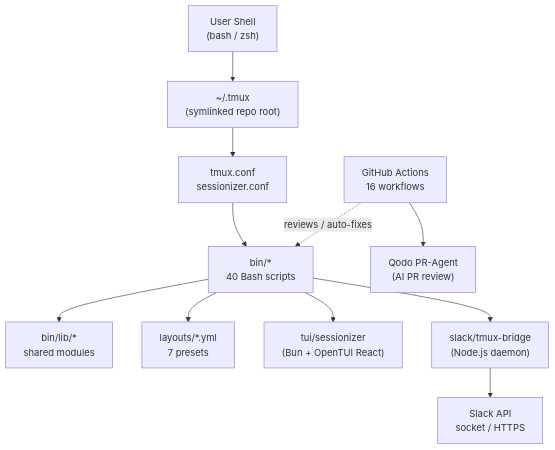
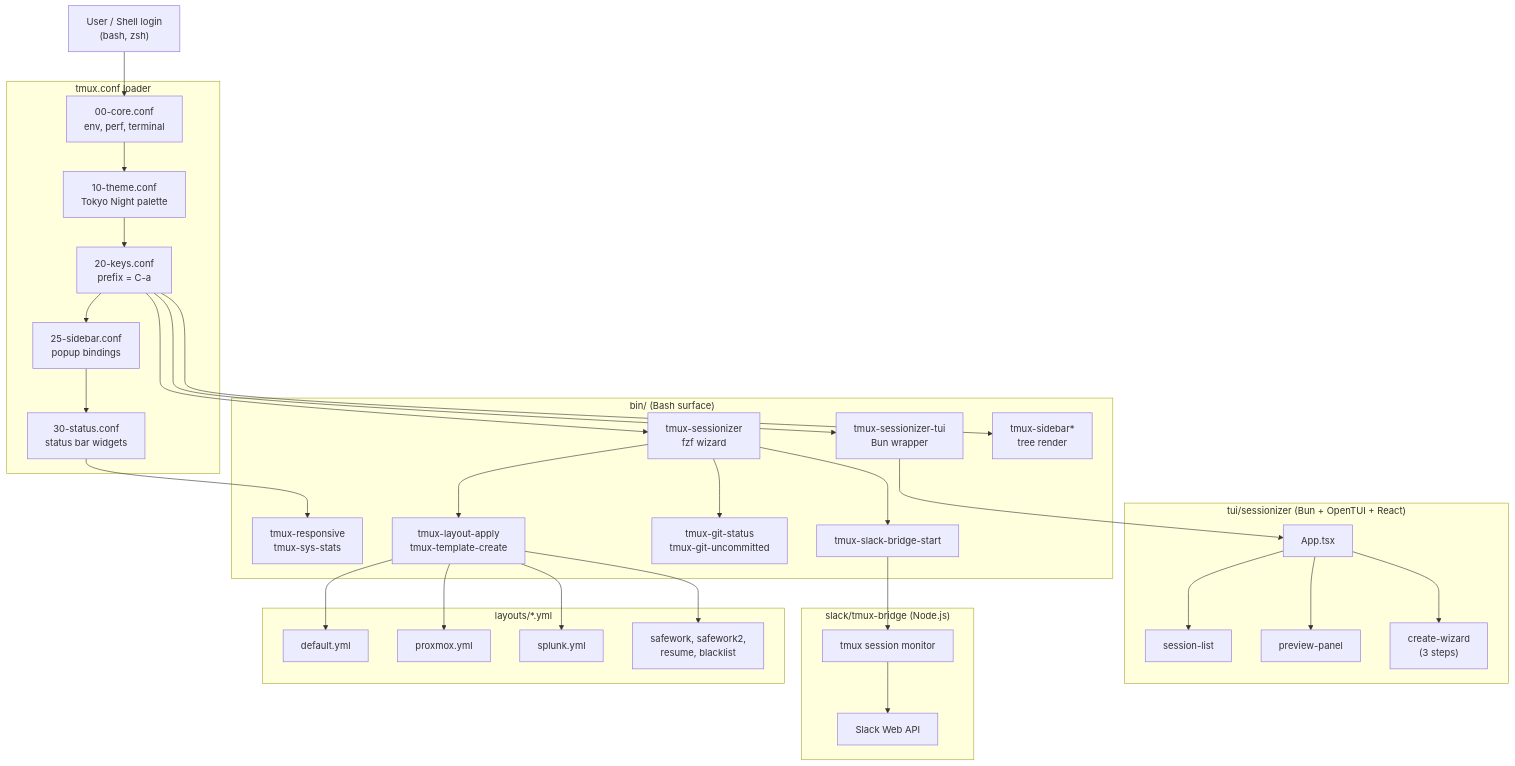
The diagram in README.md (jclee941/tmux), drawn with Mermaid before and after one commit. The commit also changed other lines of this file, not shown here.

Commit message:
docs: auto-update README.md

````diff
--- a/README.md
+++ b/README.md
@@ -243,25 +185,64 @@
 ```mermaid
-flowchart TD
-    Shell["User Shell<br/>(bash / zsh)"]
-    Root["~/.tmux<br/>(symlinked repo root)"]
-    Loader["tmux.conf<br/>sessionizer.conf"]
-    Bin["bin/*<br/>40 Bash scripts"]
-    Lib["bin/lib/*<br/>shared modules"]
-    Layouts["layouts/*.yml<br/>7 presets"]
-    TUI["tui/sessionizer<br/>(Bun + OpenTUI React)"]
-    Bridge["slack/tmux-bridge<br/>(Node.js daemon)"]
-    Slack["Slack API<br/>socket / HTTPS"]
-    GH["GitHub Actions<br/>16 workflows"]
-    PRAgent["Qodo PR-Agent<br/>(AI PR review)"]
+flowchart TB
+    User["User / Shell login<br/>(bash, zsh)"]
 
-    Shell --> Root
-    Root --> Loader
-    Loader --> Bin
-    Bin --> Lib
-    Bin --> Layouts
-    Bin --> TUI
-    Bin --> Bridge
-    Bridge --> Slack
-    GH --> PRAgent
-    GH -.reviews / auto-fixes.-> Bin
+    subgraph Loader["tmux.conf loader"]
+        Core["00-core.conf<br/>env, perf, terminal"]
+        Theme["10-theme.conf<br/>Tokyo Night palette"]
+        Keys["20-keys.conf<br/>prefix = C-a"]
+        Sidebar["25-sidebar.conf<br/>popup bindings"]
+        Status["30-status.conf<br/>status bar widgets"]
+    end
+
+    subgraph Bash["bin/ (Bash surface)"]
+        Picker["tmux-sessionizer<br/>fzf wizard"]
+        TUIBin["tmux-sessionizer-tui<br/>Bun wrapper"]
+        Sidebar2["tmux-sidebar*<br/>tree render"]
+        Status2["tmux-responsive<br/>tmux-sys-stats"]
+        Layout["tmux-layout-apply<br/>tmux-template-create"]
+        Git["tmux-git-status<br/>tmux-git-uncommitted"]
+        Slack["tmux-slack-bridge-start"]
+    end
+
+    subgraph TUIApp["tui/sessionizer (Bun + OpenTUI + React)"]
+        App["App.tsx"]
+        List["session-list"]
+        Preview["preview-panel"]
+        Wizard["create-wizard<br/>(3 steps)"]
+    end
+
+    subgraph Bridge["slack/tmux-bridge (Node.js)"]
+        BridgeCore["tmux session monitor"]
+        SlackAPI["Slack Web API"]
+    end
+
+    subgraph LayoutsCfg["layouts/*.yml"]
+        Default["default.yml"]
+        Proxmox["proxmox.yml"]
+        Splunk["splunk.yml"]
+        Others["safework, safework2,<br/>resume, blacklist"]
+    end
+
+    User --> Core
+    Core --> Theme
+    Theme --> Keys
+    Keys --> Sidebar
+    Sidebar --> Status
+    Keys --> Picker
+    Keys --> TUIBin
+    Keys --> Sidebar2
+    Status --> Status2
+    Picker --> Layout
+    Picker --> Git
+    TUIBin --> App
+    App --> List
+    App --> Preview
+    App --> Wizard
+    Layout --> Default
+    Layout --> Proxmox
+    Layout --> Splunk
+    Layout --> Others
+    Slack --> BridgeCore
+    BridgeCore --> SlackAPI
+    Picker --> Slack
 ```
````
